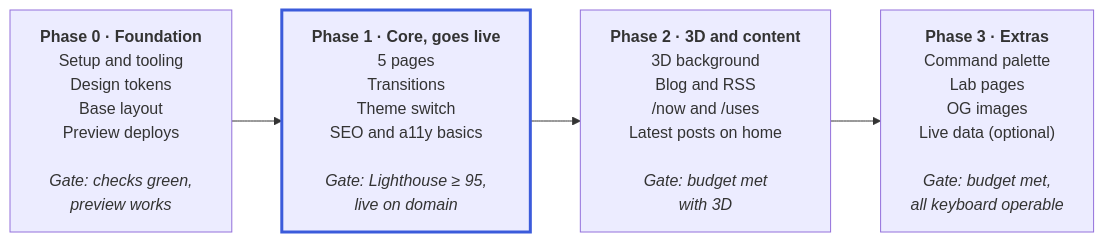
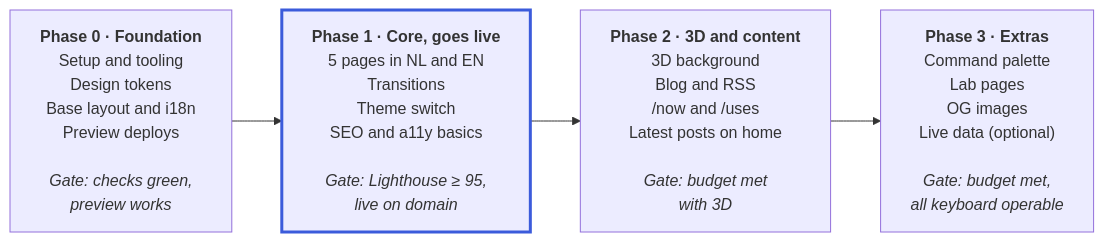
Before and after one commit to lucieneu/personal-website: the diagram in docs/project-spec.md, drawn with Mermaid. The commit also changed other lines of this file, not shown here.

````diff
--- a/docs/project-spec.md
+++ b/docs/project-spec.md
@@ -488,10 +524,10 @@
 ```mermaid
 flowchart LR
-  F0["<b>Phase 0 · Foundation</b><br/>Setup and tooling<br/>Design tokens<br/>Base layout<br/>Preview deploys<br/><br/><i>Gate: checks green,<br/>preview works</i>"]
-  F1["<b>Phase 1 · Core, goes live</b><br/>5 pages<br/>Transitions<br/>Theme switch<br/>SEO and a11y basics<br/><br/><i>Gate: Lighthouse ≥ 95,<br/>live on domain</i>"]
+  F0["<b>Phase 0 · Foundation</b><br/>Setup and tooling<br/>Design tokens<br/>Base layout and i18n<br/>Preview deploys<br/><br/><i>Gate: checks green,<br/>preview works</i>"]
+  F1["<b>Phase 1 · Core, goes live</b><br/>5 pages in NL and EN<br/>Transitions<br/>Theme switch<br/>SEO and a11y basics<br/><br/><i>Gate: Lighthouse ≥ 95,<br/>live on domain</i>"]
   F2["<b>Phase 2 · 3D and content</b><br/>3D background<br/>Blog and RSS<br/>/now and /uses<br/>Latest posts on home<br/><br/><i>Gate: budget met<br/>with 3D</i>"]
   F3["<b>Phase 3 · Extras</b><br/>Command palette<br/>Lab pages<br/>OG images<br/>Live data (optional)<br/><br/><i>Gate: budget met,<br/>all keyboard operable</i>"]
   F0 --> F1 --> F2 --> F3
   classDef live stroke:#3B5BDB,stroke-width:3px
   class F1 live
 ```
````
